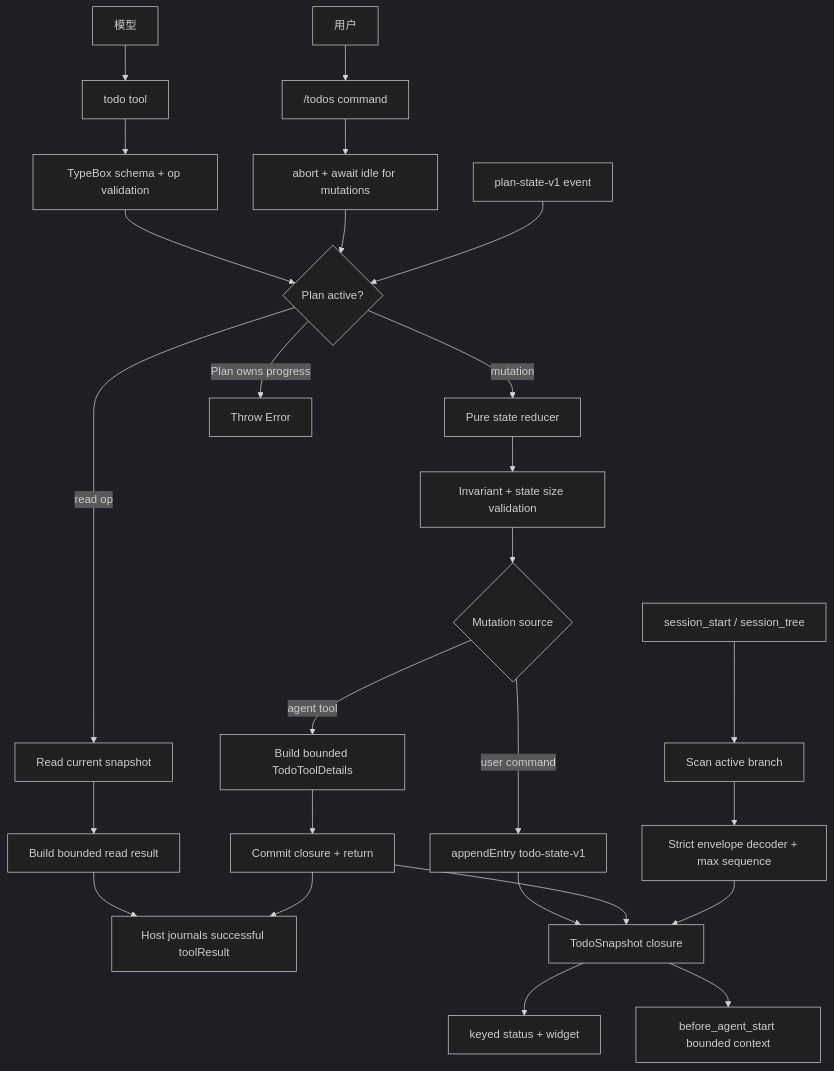
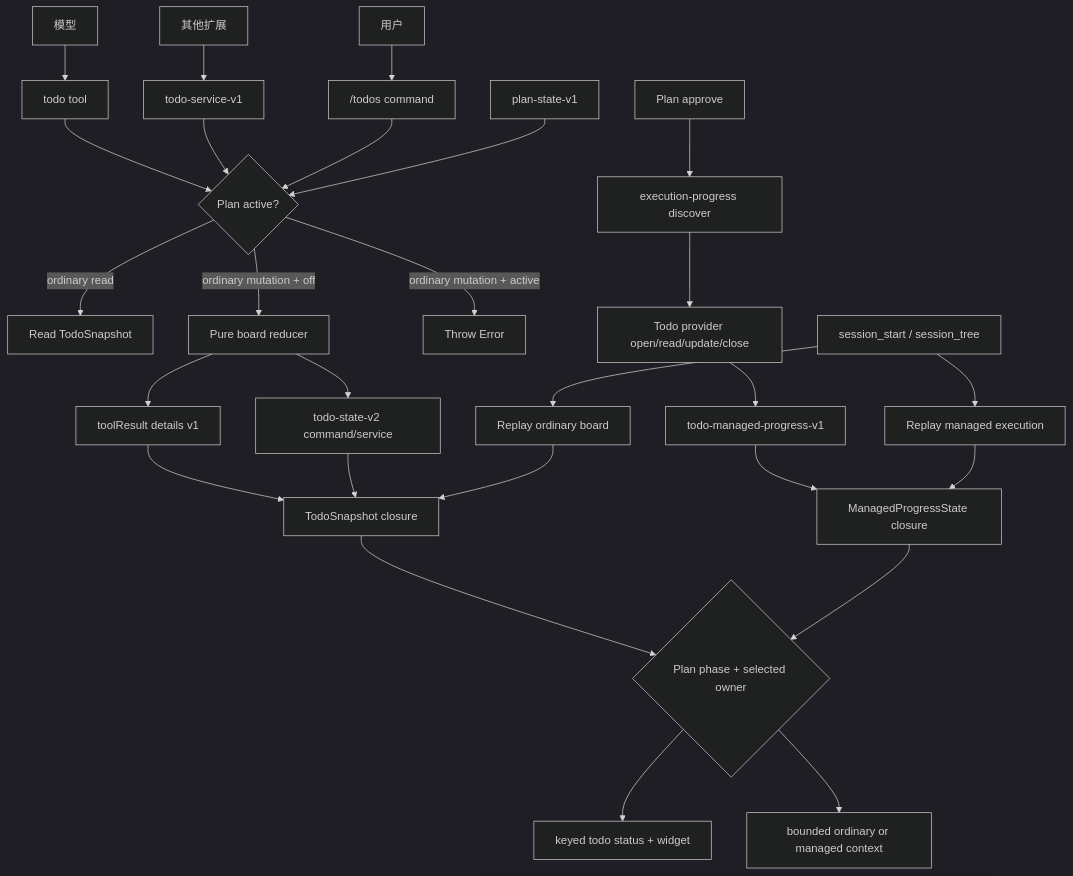
The first of 2 diagrams in docs/design/08-todo-extension-design.md (jaronic/pi-extensions), drawn with Mermaid (dark theme) before and after one commit. The commit also changed other lines of this file and 10 other files, not shown here.

Commit message:
chore: integrate Todo extension package

````diff
--- a/docs/design/08-todo-extension-design.md
+++ b/docs/design/08-todo-extension-design.md
@@ -114,31 +115,31 @@
 ```mermaid
 flowchart TB
     Model[模型] --> Tool[todo tool]
+    Extension[其他扩展] --> Service[todo-service-v1]
     User[用户] --> Cmd["/todos command"]
+    Tool --> Gate{Plan active?}
+    Service --> Gate
+    Cmd --> Gate
+    Gate -->|ordinary read| Read[Read TodoSnapshot]
+    Gate -->|ordinary mutation + off| Reducer[Pure board reducer]
+    Gate -->|ordinary mutation + active| Reject[Throw Error]
+    Reducer --> ToolCommit[toolResult details v1]
+    Reducer --> StateCommit[todo-state-v2 command/service]
 
-    Tool --> Schema[TypeBox schema + op validation]
-    Cmd --> Idle[abort + await idle for mutations]
-    Schema --> Gate{Plan active?}
-    Idle --> Gate
-    Gate -->|read op| Read[Read current snapshot]
-    Gate -->|mutation| Reducer[Pure state reducer]
-    Gate -->|Plan owns progress| Reject[Throw Error]
+    PlanPhase[plan-state-v1] --> Gate
+    PlanApprove[Plan approve] --> Discover[execution-progress discover]
+    Discover --> Provider[Todo provider open/read/update/close]
+    Provider --> ManagedCommit[todo-managed-progress-v1]
 
-    Read --> ReadResult[Build bounded read result]
-    ReadResult --> HostResult[Host journals successful toolResult]
-    Reducer --> Validate[Invariant + state size validation]
-    Validate --> Commit{Mutation source}
-    Commit -->|agent tool| MutationResult[Build bounded TodoToolDetails]
-    MutationResult --> ToolCommit[Commit closure + return]
-    ToolCommit --> HostResult
-    Commit -->|user command| Journal[appendEntry todo-state-v1]
-    Journal --> Runtime[TodoSnapshot closure]
-    ToolCommit --> Runtime
-
-    Branch[session_start / session_tree] --> Replay[Scan active branch]
-    Replay --> Decode[Strict envelope decoder + max sequence]
-    Decode --> Runtime
-    Runtime --> UI[keyed status + widget]
-    Runtime --> Prompt[before_agent_start bounded context]
-    Plan[plan-state-v1 event] --> Gate
+    Branch[session_start / session_tree] --> BoardReplay[Replay ordinary board]
+    Branch --> ManagedReplay[Replay managed execution]
+    ToolCommit --> BoardState[TodoSnapshot closure]
+    StateCommit --> BoardState
+    ManagedCommit --> ManagedState[ManagedProgressState closure]
+    BoardReplay --> BoardState
+    ManagedReplay --> ManagedState
+    BoardState --> Projection{Plan phase + selected owner}
+    ManagedState --> Projection
+    Projection --> UI[keyed todo status + widget]
+    Projection --> Prompt[bounded ordinary or managed context]
 ```
````
